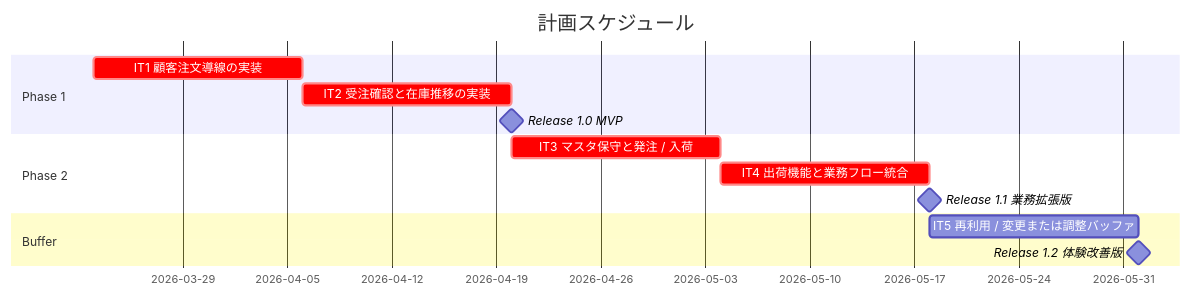
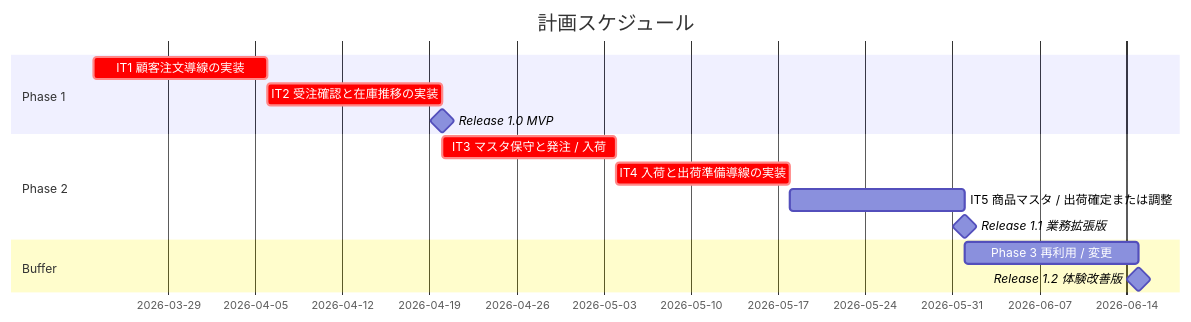
The first of 3 diagrams in docs/development/release_plan.md (k2works/case-study-sdd-development), drawn with Mermaid before and after one commit. The commit also changed other lines of this file and 4 other files, not shown here.

````diff
--- a/docs/development/release_plan.md
+++ b/docs/development/release_plan.md
@@ -127,16 +135,17 @@
 ```mermaid
 gantt
     title 計画スケジュール
     dateFormat  YYYY-MM-DD
     section Phase 1
     IT1 顧客注文導線の実装              :crit, it1, 2026-03-23, 14d
     IT2 受注確認と在庫推移の実装        :crit, it2, after it1, 14d
     Release 1.0 MVP                    :milestone, r10, after it2, 0d
     section Phase 2
     IT3 マスタ保守と発注 / 入荷         :crit, it3, after it2, 14d
-    IT4 出荷機能と業務フロー統合        :crit, it4, after it3, 14d
-    Release 1.1 業務拡張版              :milestone, r11, after it4, 0d
+    IT4 入荷と出荷準備導線の実装        :crit, it4, after it3, 14d
+    IT5 商品マスタ / 出荷確定または調整  :it5, after it4, 14d
+    Release 1.1 業務拡張版              :milestone, r11, after it5, 0d
     section Buffer
-    IT5 再利用 / 変更または調整バッファ :it5, after it4, 14d
-    Release 1.2 体験改善版              :milestone, r12, after it5, 0d
+    Phase 3 再利用 / 変更               :r12scope, after r11, 14d
+    Release 1.2 体験改善版              :milestone, r12, after r12scope, 0d
 ```
````
